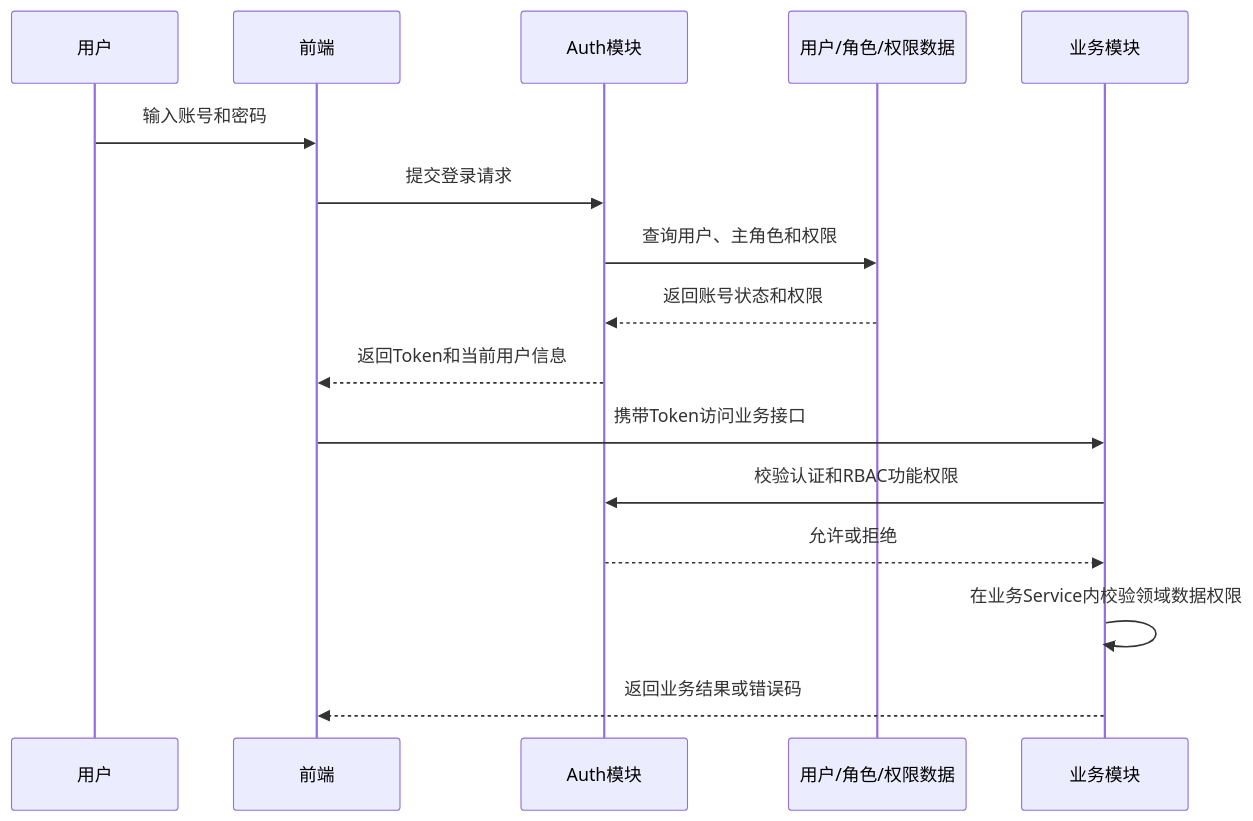
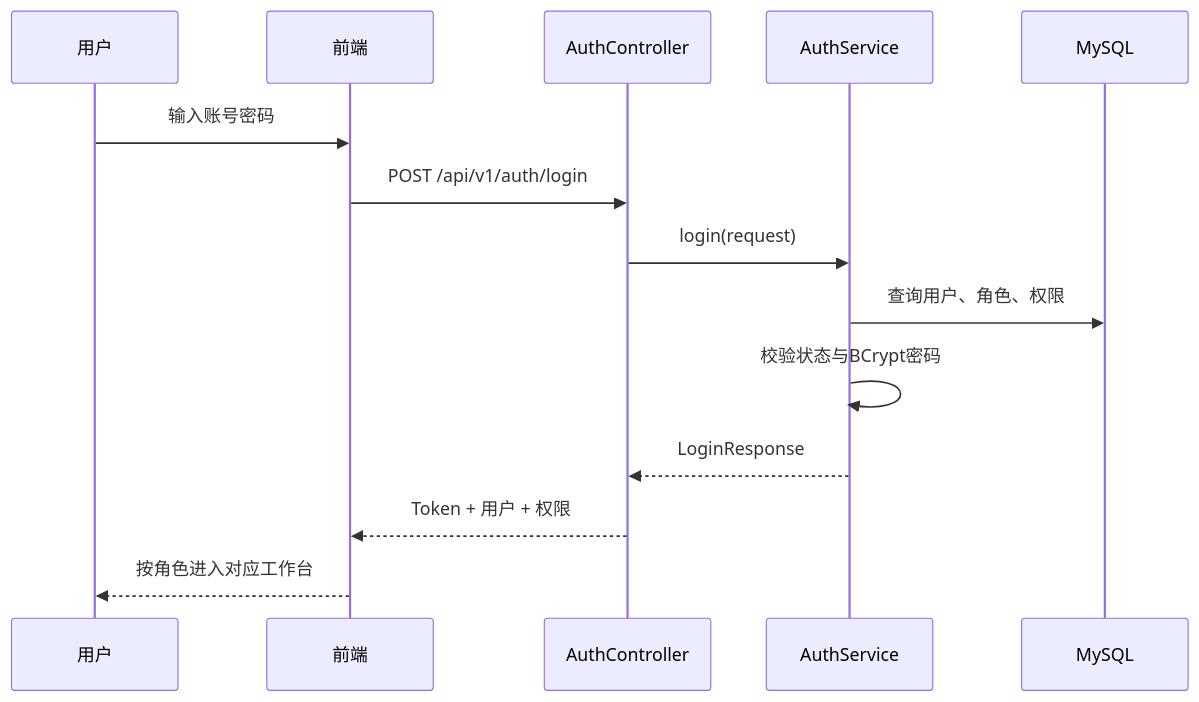
One commit to thesantaana/Care-Nexus changed the fourth of 11 diagrams in docs/design/系统分析与设计模型.md. Above: the diagram before and after it, drawn with Mermaid. The commit also changed other lines of this file, not shown here.

````diff
--- a/docs/design/系统分析与设计模型.md
+++ b/docs/design/系统分析与设计模型.md
@@ -189,18 +107,17 @@
 ```mermaid
 sequenceDiagram
     participant U as 用户
-    participant FE as 前端
-    participant Auth as Auth模块
-    participant DB as 用户/角色/权限数据
-    participant Biz as 业务模块
-    U->>FE: 输入账号和密码
-    FE->>Auth: 提交登录请求
-    Auth->>DB: 查询用户、主角色和权限
-    DB-->>Auth: 返回账号状态和权限
-    Auth-->>FE: 返回Token和当前用户信息
-    FE->>Biz: 携带Token访问业务接口
-    Biz->>Auth: 校验认证和RBAC功能权限
-    Auth-->>Biz: 允许或拒绝
-    Biz->>Biz: 在业务Service内校验领域数据权限
-    Biz-->>FE: 返回业务结果或错误码
+    participant F as 前端
+    participant A as AuthController
+    participant S as AuthService
+    participant D as MySQL
+
+    U->>F: 输入账号密码
+    F->>A: POST /api/v1/auth/login
+    A->>S: login(request)
+    S->>D: 查询用户、角色、权限
+    S->>S: 校验状态与BCrypt密码
+    S-->>A: LoginResponse
+    A-->>F: Token + 用户 + 权限
+    F-->>U: 按角色进入对应工作台
 ```
````
